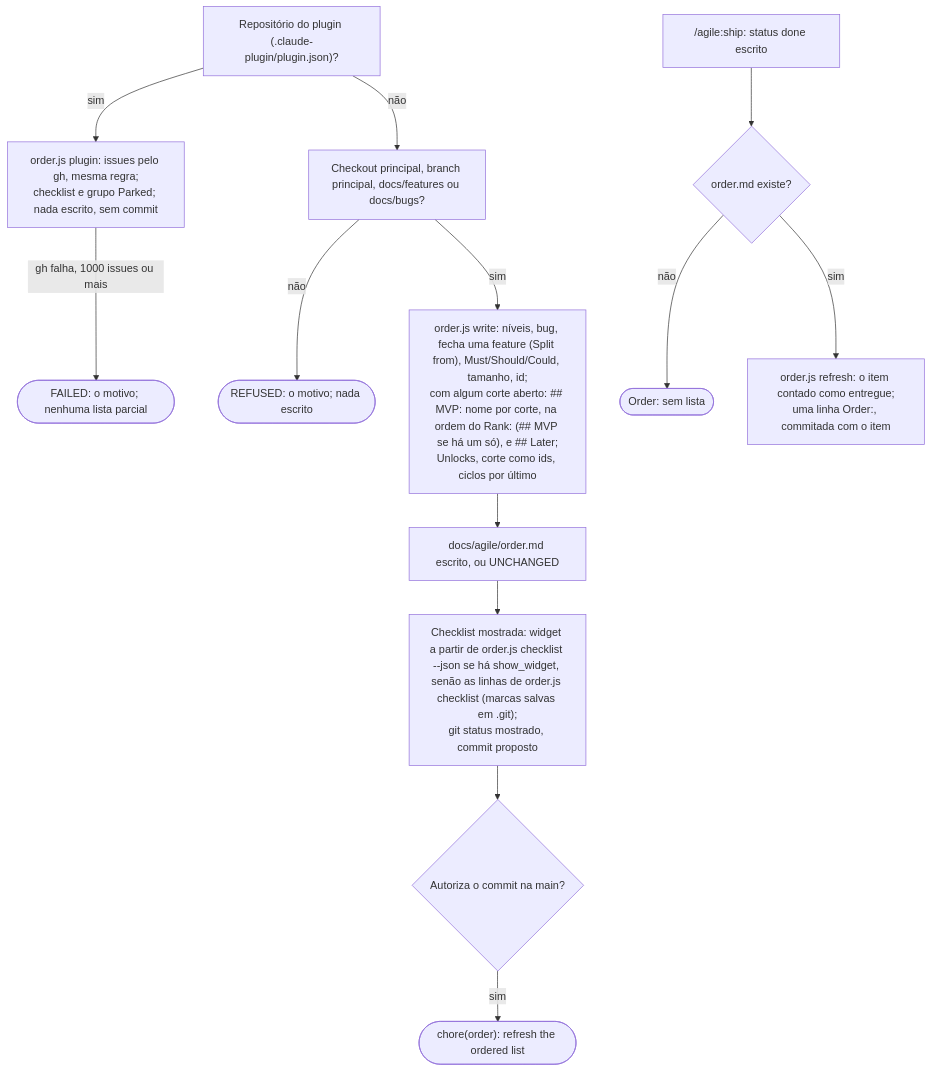
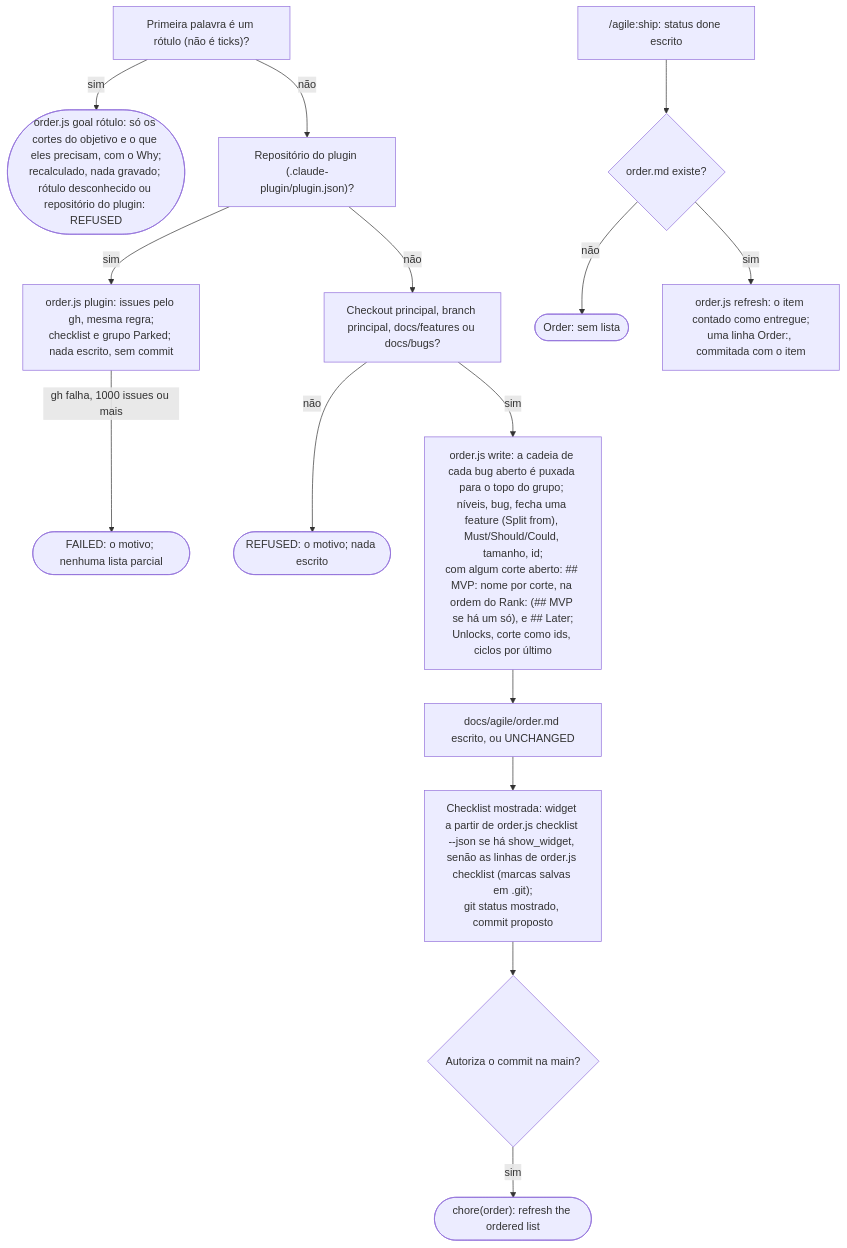
Before and after one commit to alexcanario/simulab: diagram 19 of 25 in docs/agile/workflow.pt-BR.md, drawn with Mermaid. The commit also changed other lines of this file and 7 other files, not shown here.

````diff
--- a/docs/agile/workflow.pt-BR.md
+++ b/docs/agile/workflow.pt-BR.md
@@ -1266,15 +1272,17 @@
 ```mermaid
 flowchart TD
+    L["Primeira palavra é um rótulo (não é ticks)?"] -->|sim| L1(["order.js goal rótulo: só os cortes do objetivo e o que eles precisam, com o Why;<br/>recalculado, nada gravado; rótulo desconhecido ou repositório do plugin: REFUSED"])
+    L -->|não| P
     P["Repositório do plugin (.claude-plugin/plugin.json)?"] -->|sim| P1["order.js plugin: issues pelo gh, mesma regra;<br/>checklist e grupo Parked; nada escrito, sem commit"]
     P -->|não| A["Checkout principal, branch principal, docs/features ou docs/bugs?"]
     P1 -->|gh falha, 1000 issues ou mais| P2(["FAILED: o motivo; nenhuma lista parcial"])
     A -->|não| A1(["REFUSED: o motivo; nada escrito"])
-    A -->|sim| B["order.js write: níveis, bug, fecha uma feature (Split from), Must/Should/Could, tamanho, id;<br/>com algum corte aberto: ## MVP: nome por corte, na ordem do Rank: (## MVP se há um só), e ## Later;<br/>Unlocks, corte como ids, ciclos por último"]
+    A -->|sim| B["order.js write: a cadeia de cada bug aberto é puxada para o topo do grupo; níveis, bug, fecha uma feature (Split from), Must/Should/Could, tamanho, id;<br/>com algum corte aberto: ## MVP: nome por corte, na ordem do Rank: (## MVP se há um só), e ## Later;<br/>Unlocks, corte como ids, ciclos por último"]
     B --> C["docs/agile/order.md escrito, ou UNCHANGED"]
     C --> D["Checklist mostrada: widget a partir de order.js checklist --json se há show_widget, senão as linhas de order.js checklist (marcas salvas em .git);<br/>git status mostrado, commit proposto"]
     D --> E{"Autoriza o commit na main?"}
     E -->|sim| F(["chore(order): refresh the ordered list"])
     G["/agile:ship: status done escrito"] --> H{"order.md existe?"}
     H -->|não| H1(["Order: sem lista"])
     H -->|sim| I["order.js refresh: o item contado como entregue;<br/>uma linha Order:, commitada com o item"]
 ```
````
